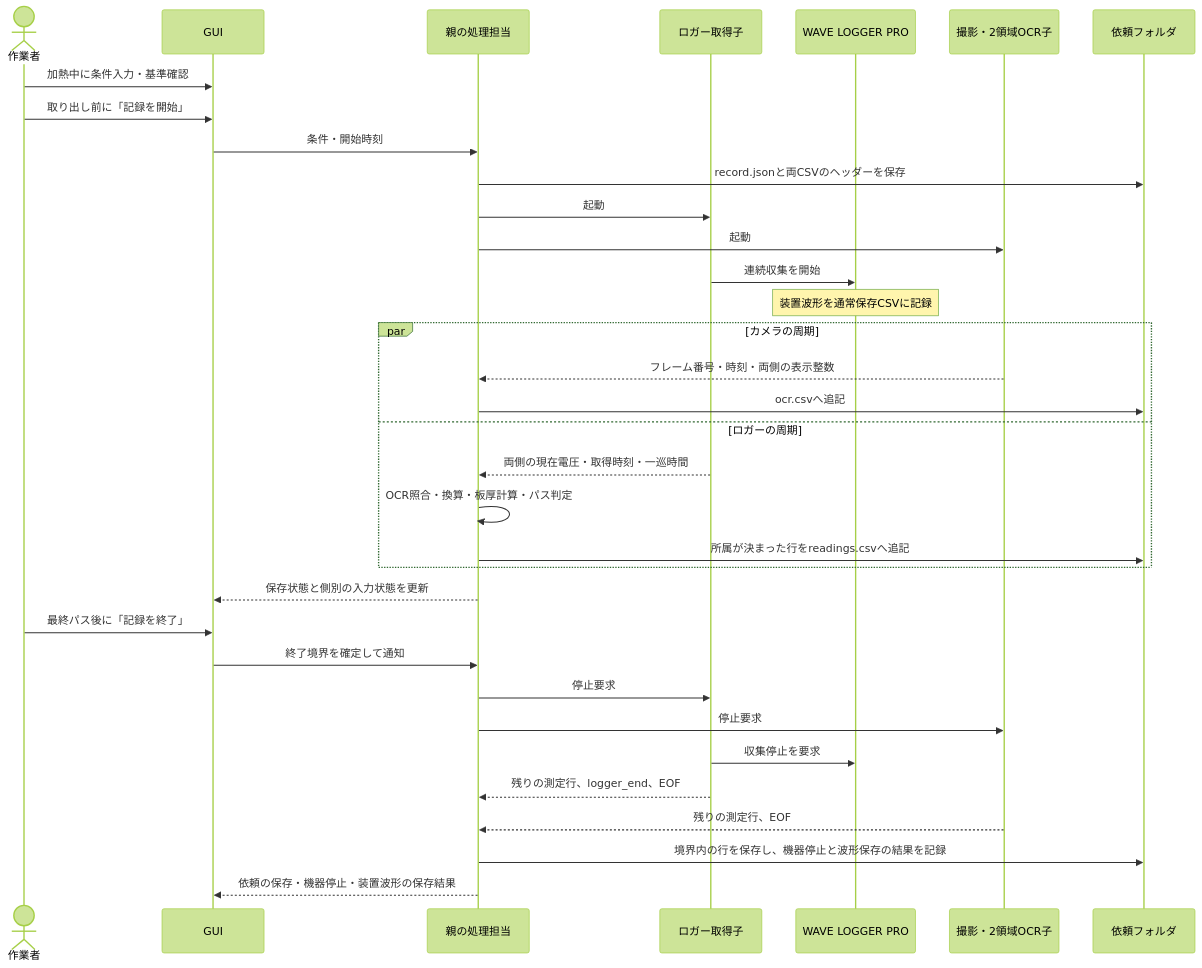
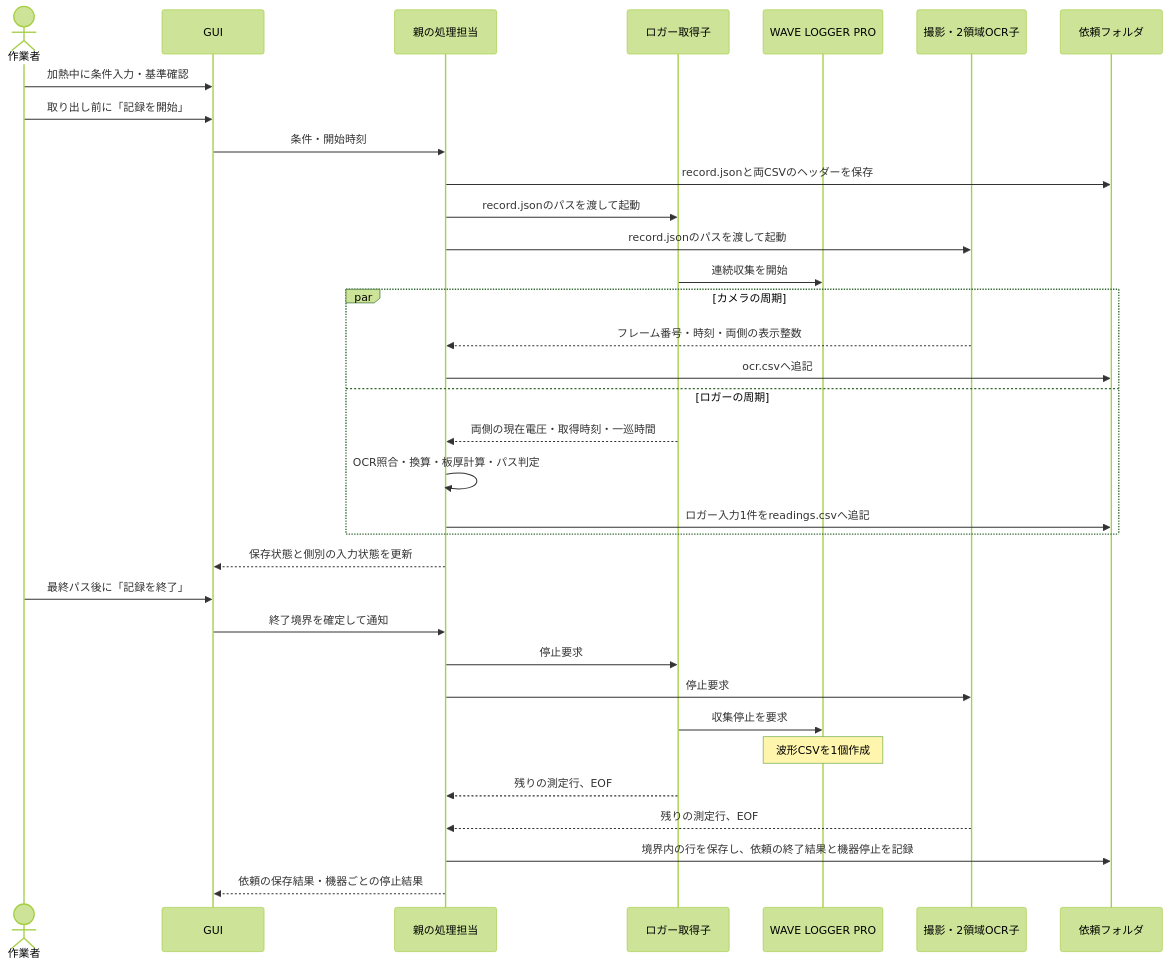
Before and after one commit to TkymHrt/code-scraps: the second of 2 diagrams in scraps/logger-ocr-live/SYSTEM_PLAN.md, drawn with Mermaid (forest theme). The commit also changed other lines of this file and 1 other file, not shown here.

First line of the commit message:
Refine README and SYSTEM_PLAN documentation for logger-ocr-live

````diff
--- a/scraps/logger-ocr-live/SYSTEM_PLAN.md
+++ b/scraps/logger-ocr-live/SYSTEM_PLAN.md
@@ -103,37 +97,37 @@
 ```mermaid
 sequenceDiagram
     actor U as 作業者
     participant G as GUI
     participant P as 親の処理担当
     participant L as ロガー取得子
     participant W as WAVE LOGGER PRO
     participant O as 撮影・2領域OCR子
     participant F as 依頼フォルダ
 
     U->>G: 加熱中に条件入力・基準確認
     U->>G: 取り出し前に「記録を開始」
     G->>P: 条件・開始時刻
     P->>F: record.jsonと両CSVのヘッダーを保存
-    P->>L: 起動
-    P->>O: 起動
+    P->>L: record.jsonのパスを渡して起動
+    P->>O: record.jsonのパスを渡して起動
     L->>W: 連続収集を開始
-    Note over W: 装置波形を通常保存CSVに記録
     par カメラの周期
         O-->>P: フレーム番号・時刻・両側の表示整数
         P->>F: ocr.csvへ追記
     and ロガーの周期
         L-->>P: 両側の現在電圧・取得時刻・一巡時間
         P->>P: OCR照合・換算・板厚計算・パス判定
-        P->>F: 所属が決まった行をreadings.csvへ追記
+        P->>F: ロガー入力1件をreadings.csvへ追記
     end
     P-->>G: 保存状態と側別の入力状態を更新
     U->>G: 最終パス後に「記録を終了」
     G->>P: 終了境界を確定して通知
     P->>L: 停止要求
     P->>O: 停止要求
     L->>W: 収集停止を要求
-    L-->>P: 残りの測定行、logger_end、EOF
+    Note over W: 波形CSVを1個作成
+    L-->>P: 残りの測定行、EOF
     O-->>P: 残りの測定行、EOF
-    P->>F: 境界内の行を保存し、機器停止と波形保存の結果を記録
-    P-->>G: 依頼の保存・機器停止・装置波形の保存結果
+    P->>F: 境界内の行を保存し、依頼の終了結果と機器停止を記録
+    P-->>G: 依頼の保存結果・機器ごとの停止結果
 ```
````
